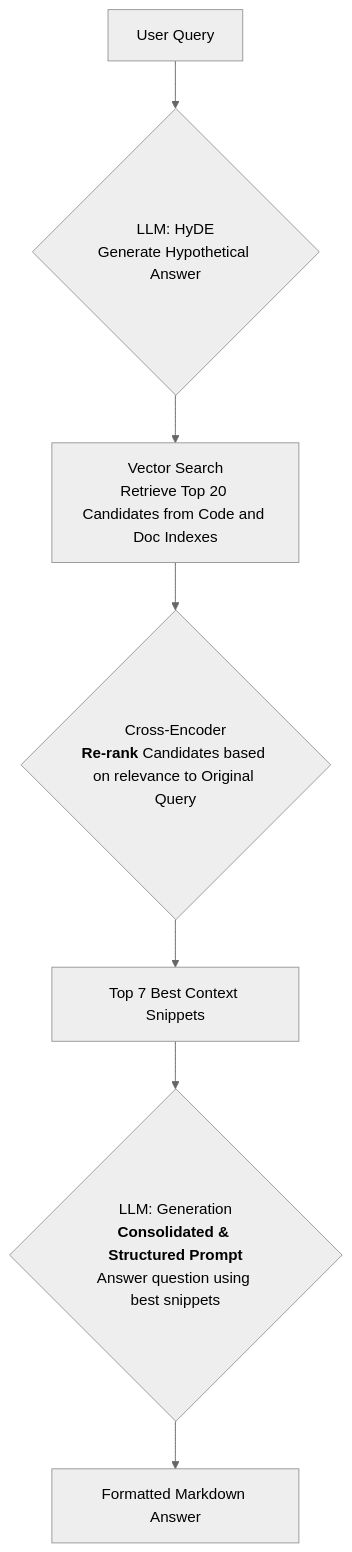
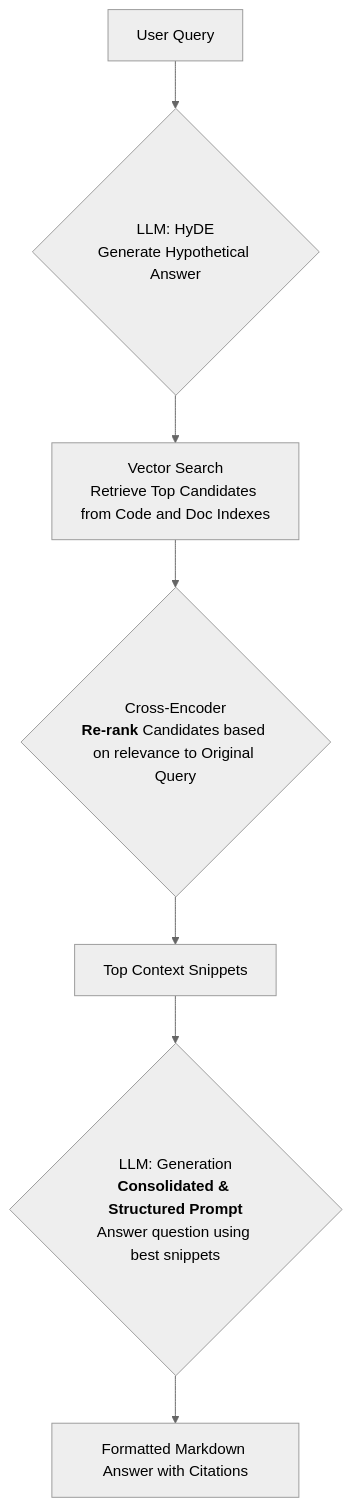
Before and after one commit to ventus34/local-rag: the diagram in readme.md, drawn with Mermaid (neutral theme). The commit also changed other lines of this file and 3 other files, not shown here.

````diff
--- a/readme.md
+++ b/readme.md
@@ -35,9 +42,9 @@
 ```mermaid
 graph TD
     A[User Query] --> B{LLM: HyDE<br>Generate Hypothetical Answer};
-    B --> C[Vector Search<br>Retrieve Top 20 Candidates from Code and Doc Indexes];
+    B --> C[Vector Search<br>Retrieve Top Candidates from Code and Doc Indexes];
     C --> D{Cross-Encoder<br><b>Re-rank</b> Candidates based on relevance to Original Query};
-    D --> E[Top 7 Best Context Snippets];
+    D --> E[Top Context Snippets];
     E --> F{LLM: Generation<br><b>Consolidated & Structured Prompt</b><br>Answer question using best snippets};
-    F --> G[Formatted Markdown Answer];
+    F --> G[Formatted Markdown Answer with Citations];
 ```
````
